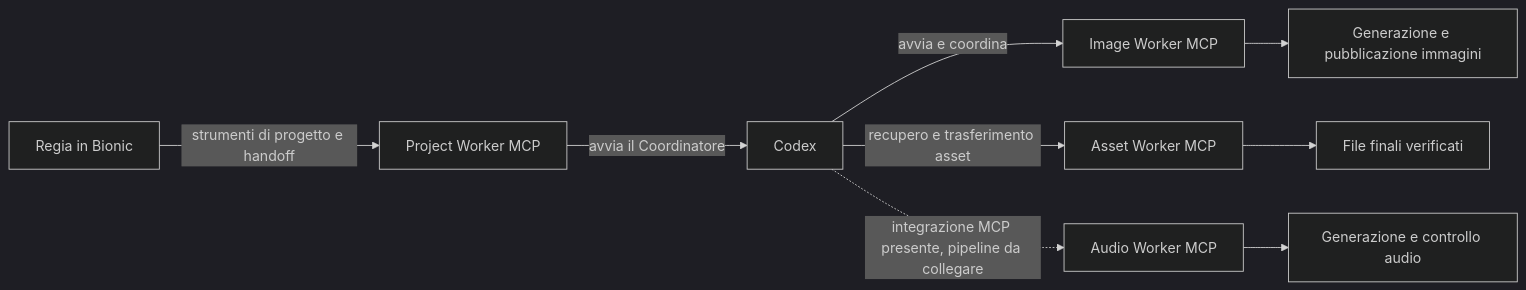
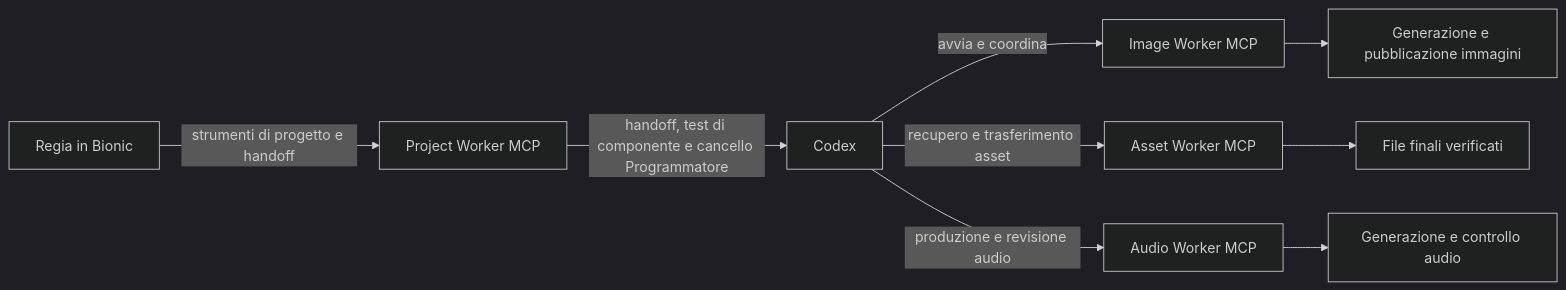
The ninth of 10 diagrams in README.md (DRincs-Productions/LM-Studio), drawn with Mermaid (dark theme) before and after one commit. The commit also changed other lines of this file and 14 other files, not shown here.

````diff
--- a/README.md
+++ b/README.md
@@ -268,11 +294,11 @@
 ```mermaid
 flowchart LR
     R[Regia in Bionic] -->|strumenti di progetto e handoff| PW[Project Worker MCP]
     C[Codex] -->|avvia e coordina| IW[Image Worker MCP]
     C -->|recupero e trasferimento asset| AW[Asset Worker MCP]
-    C -. integrazione MCP presente, pipeline da collegare .-> SW[Audio Worker MCP]
-    PW -->|avvia il Coordinatore| C
+    C -->|produzione e revisione audio| SW[Audio Worker MCP]
+    PW -->|handoff, test di componente e cancello Programmatore| C
     IW --> IMG[Generazione e pubblicazione immagini]
     AW --> FILE[File finali verificati]
     SW --> AUDIO[Generazione e controllo audio]
 ```
````
